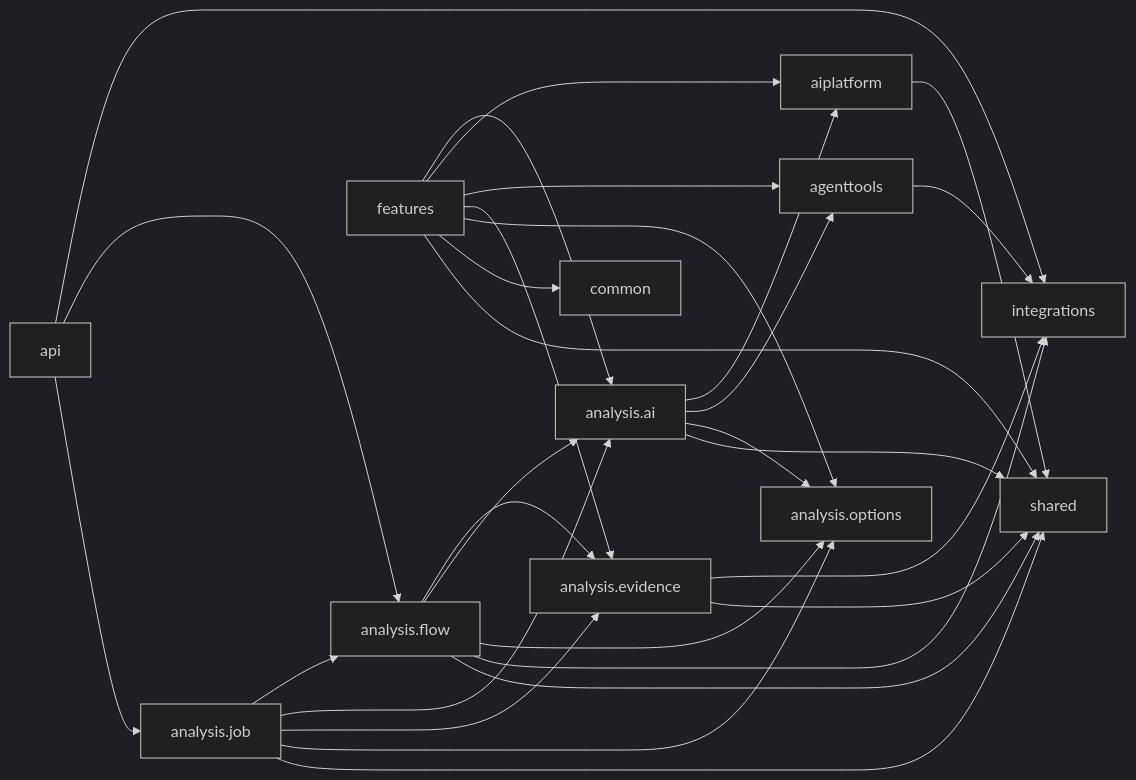
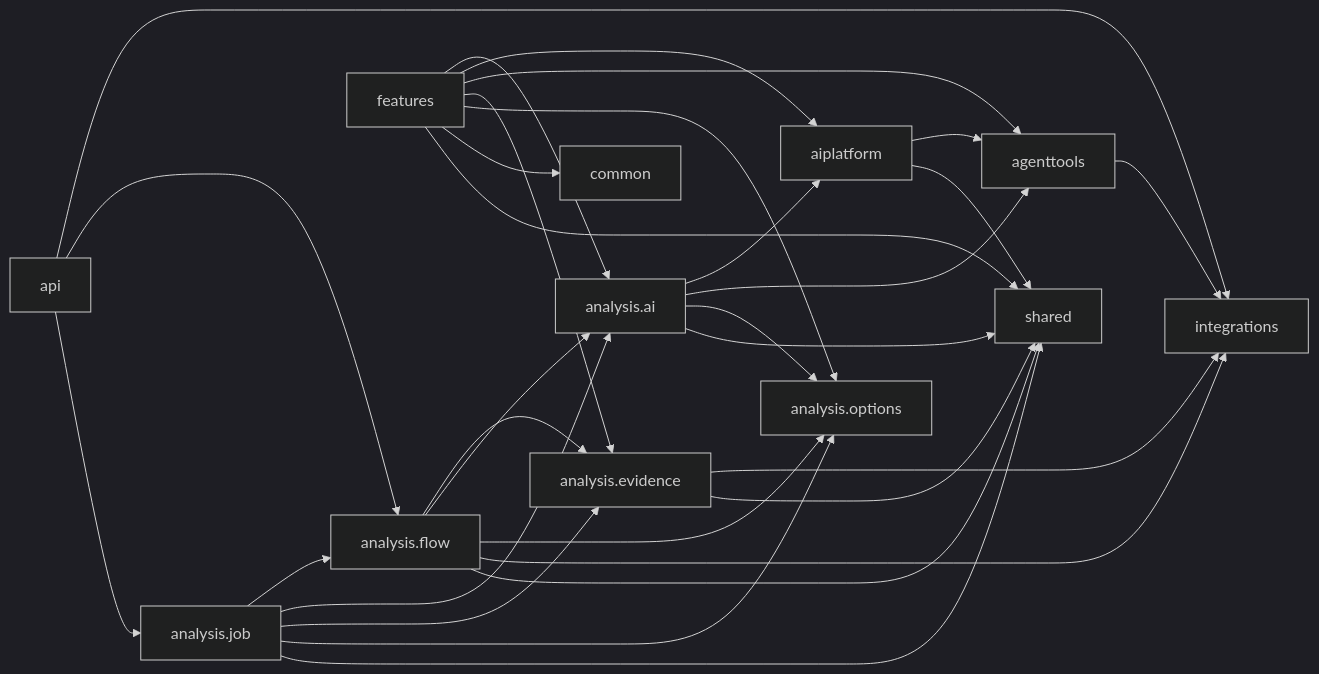
One commit to herald-assistant/incident-tracker changed the second of 2 diagrams in docs/architecture/05-package-dependencies.md. Above: the diagram before and after it, drawn with Mermaid (dark theme). The commit also changed other lines of this file and 47 other files, not shown here.

````diff
--- a/docs/architecture/05-package-dependencies.md
+++ b/docs/architecture/05-package-dependencies.md
@@ -137,38 +139,39 @@
 ```mermaid
 flowchart LR
     JOB["analysis.job"] --> FLOW["analysis.flow"]
     JOB --> AI["analysis.ai"]
     JOB --> EVIDENCE["analysis.evidence"]
     JOB --> OPTIONS["analysis.options"]
     JOB --> SHARED["shared"]
 
     FLOW --> EVIDENCE
     FLOW --> AI
     FLOW --> OPTIONS
     FLOW --> INTEGRATIONS["integrations"]
     FLOW --> SHARED
 
     EVIDENCE --> INTEGRATIONS["integrations"]
     EVIDENCE --> SHARED
 
     FEATURES["features"] --> AI
     FEATURES --> AIPLATFORM["aiplatform"]
     FEATURES --> AGENTTOOLS["agenttools"]
     FEATURES --> EVIDENCE
     FEATURES --> OPTIONS
     FEATURES --> COMMON["common"]
     FEATURES --> SHARED
 
     AI --> AIPLATFORM["aiplatform"]
     AI --> AGENTTOOLS["agenttools"]
     AI --> OPTIONS
     AI --> SHARED
 
+    AIPLATFORM --> AGENTTOOLS
     AIPLATFORM --> SHARED
 
     AGENTTOOLS --> INTEGRATIONS
 
     API["api"] --> INTEGRATIONS
     API --> FLOW
     API --> JOB
 ```
````
